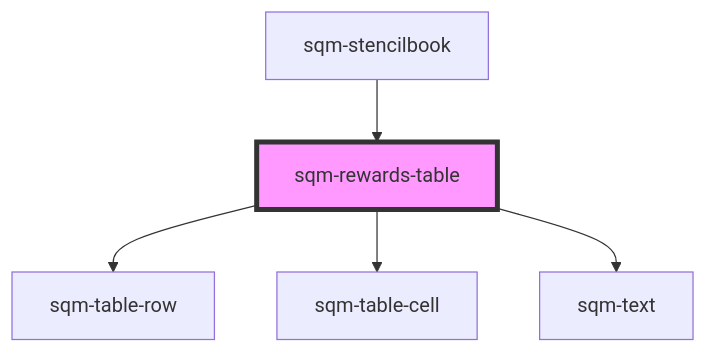
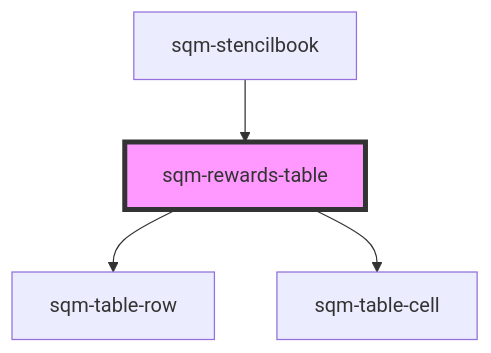
The diagram in packages/mint-components/src/components/sqm-rewards-table/readme.md (saasquatch/program-tools), drawn with Mermaid before and after one commit. The commit also changed other lines of this file and 10 other files, not shown here.

````diff
--- a/packages/mint-components/src/components/sqm-rewards-table/readme.md
+++ b/packages/mint-components/src/components/sqm-rewards-table/readme.md
@@ -37,8 +38,7 @@
 ```mermaid
 graph TD;
   sqm-rewards-table --> sqm-table-row
   sqm-rewards-table --> sqm-table-cell
-  sqm-rewards-table --> sqm-text
   sqm-stencilbook --> sqm-rewards-table
   style sqm-rewards-table fill:#f9f,stroke:#333,stroke-width:4px
 ```
````
